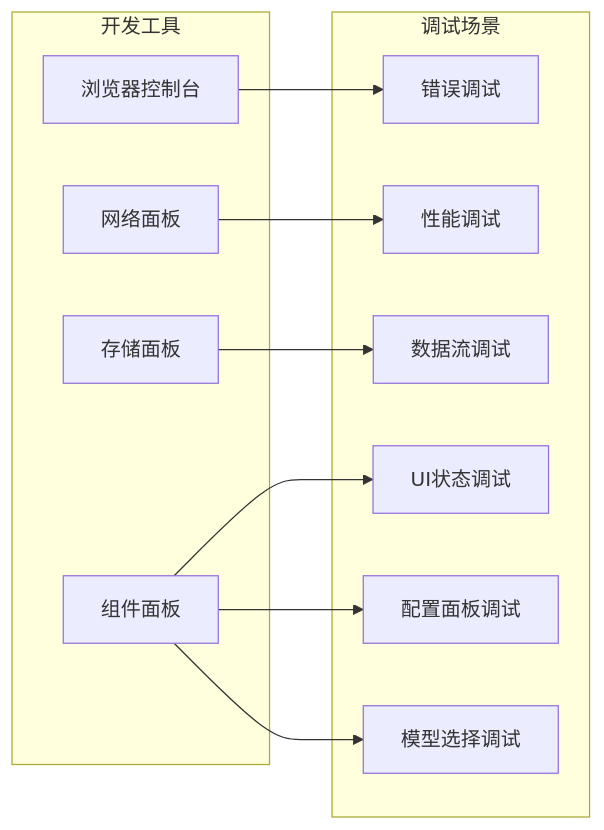
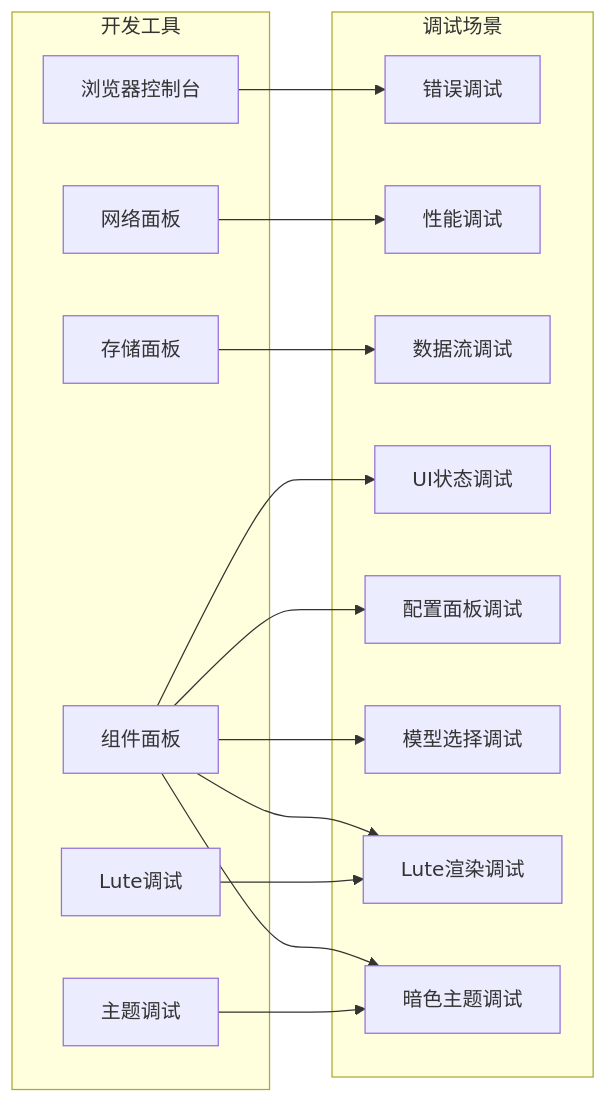
Before and after one commit to terwer/siyuan-plugin-blog: diagram 27 of 27 in .qoder/repowiki/zh/content/核心功能/AI助手系统.md, drawn with Mermaid. The commit also changed other lines of this file and 6 other files, not shown here.

Commit message:
feat(ai-assistant): add Lute Markdown & dark theme

````diff
--- a/.qoder/repowiki/zh/content/核心功能/AI助手系统.md
+++ b/.qoder/repowiki/zh/content/核心功能/AI助手系统.md
@@ -835,23 +1019,31 @@
 ```mermaid
 flowchart LR
 subgraph "开发工具"
 Console[浏览器控制台]
 Network[网络面板]
 Storage[存储面板]
 Components[组件面板]
+LuteDebug[Lute调试]
+ThemeDebug[主题调试]
 end
 subgraph "调试场景"
 Error[错误调试]
 Performance[性能调试]
 DataFlow[数据流调试]
 UIState[UI状态调试]
 ConfigPanel[配置面板调试]
 ModelSelection[模型选择调试]
+LuteRendering[Lute渲染调试]
+DarkTheme[暗色主题调试]
 end
 Console --> Error
 Network --> Performance
 Storage --> DataFlow
 Components --> UIState
 Components --> ConfigPanel
 Components --> ModelSelection
+Components --> LuteRendering
+Components --> DarkTheme
+LuteDebug --> LuteRendering
+ThemeDebug --> DarkTheme
 ```
````
